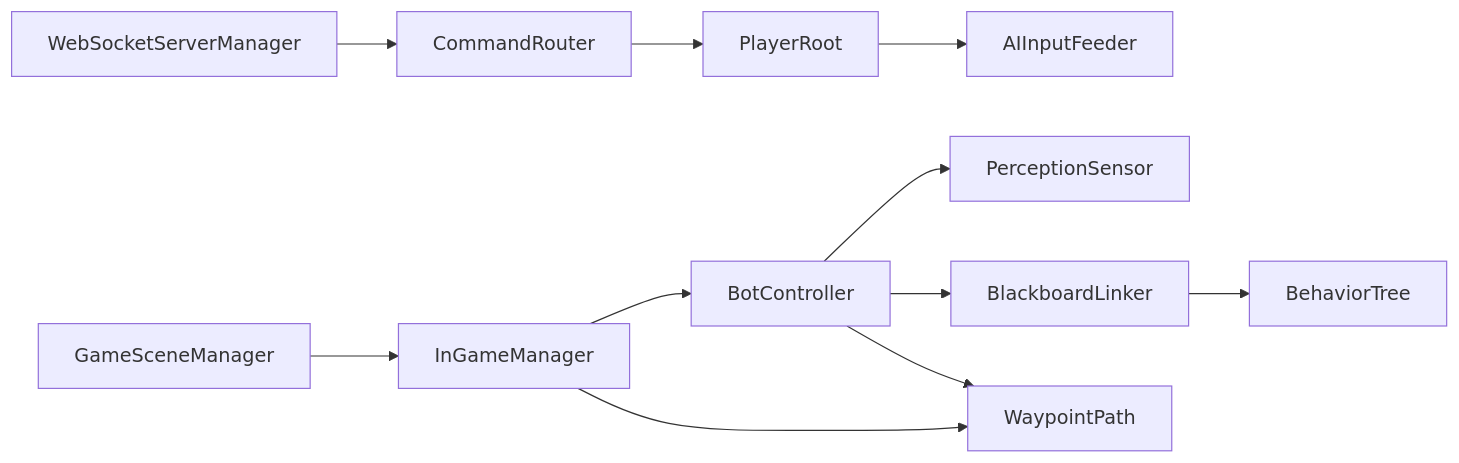
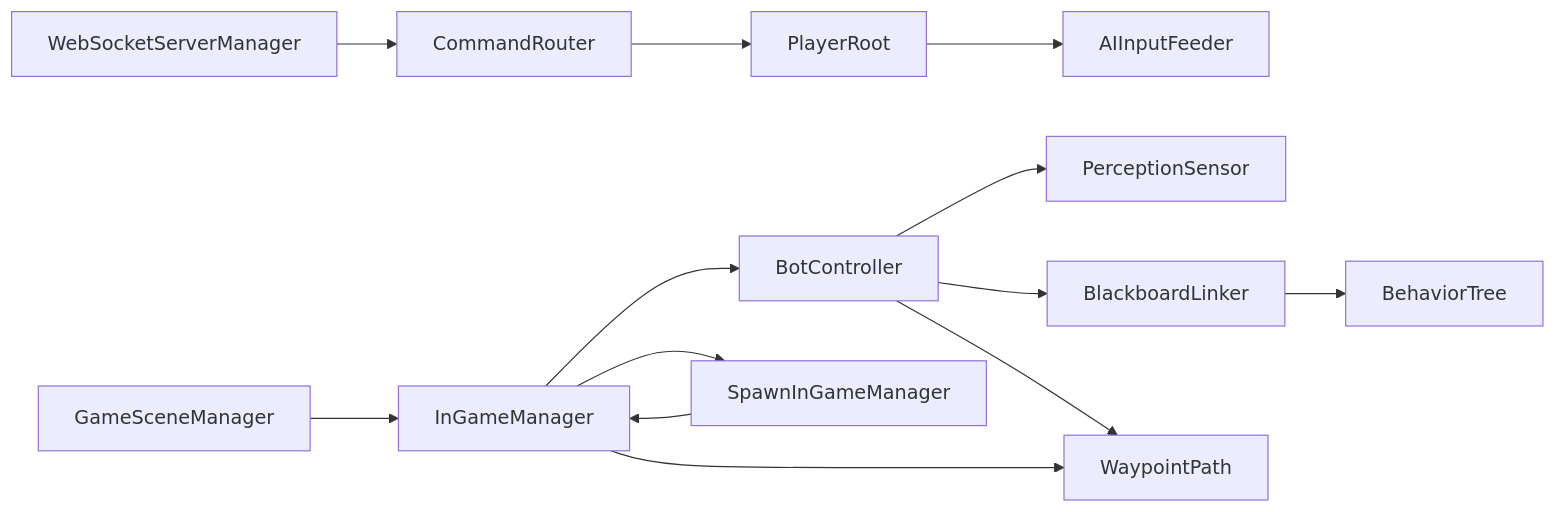
The sixth of 6 diagrams in .qoder/repowiki/en/content/Troubleshooting & Maintenance.md (kandeng/AI-Controlled-battle-game), drawn with Mermaid before and after one commit. The commit also changed other lines of this file and 5 other files, not shown here.

````diff
--- a/.qoder/repowiki/en/content/Troubleshooting & Maintenance.md
+++ b/.qoder/repowiki/en/content/Troubleshooting & Maintenance.md
@@ -205,13 +265,15 @@
 ```mermaid
 graph LR
 PlayerRoot --> AIInputFeeder
 BotController --> PerceptionSensor
 BotController --> BlackboardLinker
 BlackboardLinker --> BehaviorTree
 BotController --> WaypointPath
 InGameManager --> WaypointPath
 InGameManager --> BotController
+InGameManager --> SpawnInGameManager
 GameSceneManager --> InGameManager
 WebSocketServerManager --> CommandRouter
 CommandRouter --> PlayerRoot
+SpawnInGameManager --> InGameManager
 ```
````
